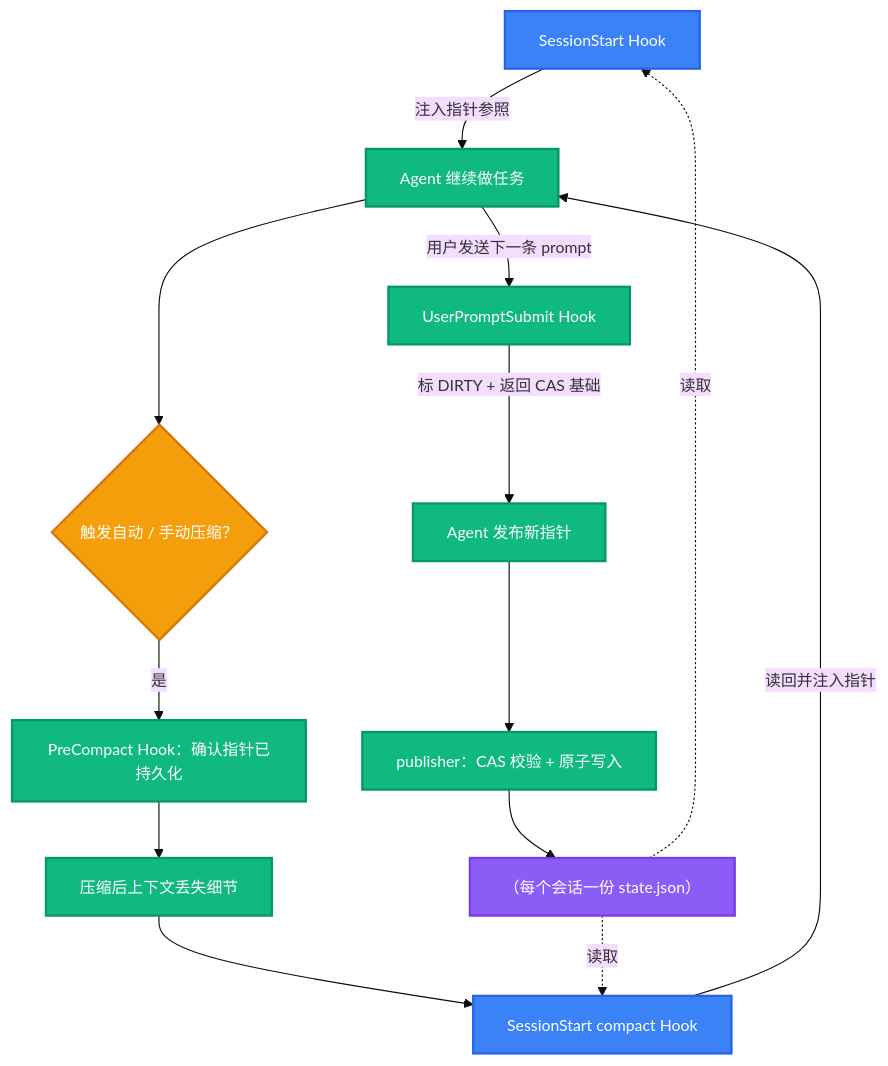
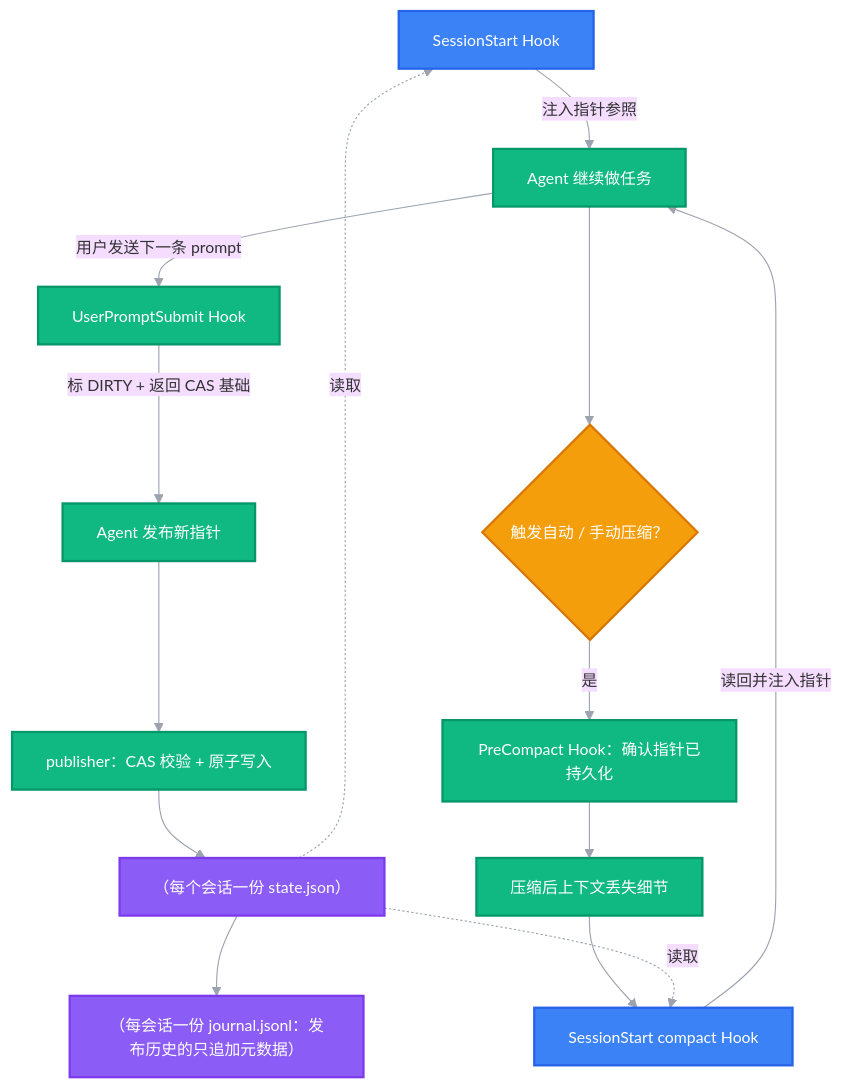
One commit to big0lives/codex-task-pointer changed the diagram in README-zh.md. Above: the diagram before and after it, drawn with Mermaid. The commit also changed other lines of this file and 14 other files, not shown here.

````diff
--- a/README-zh.md
+++ b/README-zh.md
@@ -123,26 +126,30 @@
 ```mermaid
-%%{init: {'theme': 'base', 'themeVariables': {'fontSize': '14px'}}}%%
+%%{init: {'theme': 'base', 'themeVariables': {'fontSize': '14px', 'lineColor': '#9CA3AF', 'defaultLinkColor': '#9CA3AF', 'arrowheadColor': '#9CA3AF'}}}%%
 flowchart TD
     A[SessionStart Hook] -->|注入指针参照| B[Agent 继续做任务]
     B -->|用户发送下一条 prompt| C[UserPromptSubmit Hook]
     C -->|标 DIRTY + 返回 CAS 基础| D[Agent 发布新指针]
     D --> E[publisher：CAS 校验 + 原子写入]
     E --> F[（每个会话一份 state.json）]
+    F --> K[（每会话一份 journal.jsonl：发布历史的只追加元数据）]
     B --> G{触发自动 / 手动压缩？}
     G -->|是| H[PreCompact Hook：确认指针已持久化]
     H --> I[压缩后上下文丢失细节]
     I --> J[SessionStart compact Hook]
     J -->|读回并注入指针| B
     F -.读取.-> A
     F -.读取.-> J
 
     classDef start fill:#3B82F6,stroke:#2563EB,color:#fff,stroke-width:2px
     classDef process fill:#10B981,stroke:#059669,color:#fff,stroke-width:2px
     classDef decision fill:#F59E0B,stroke:#D97706,color:#fff,stroke-width:2px
     classDef storage fill:#8B5CF6,stroke:#7C3AED,color:#fff,stroke-width:2px
 
     class A,J start
     class B,C,D,E,H,I process
     class G decision
-    class F storage
+    class F,K storage
+
+    %% 连线统一为灰色，避免彩色连线与节点配色互相争夺注意力。
+    linkStyle default stroke:#9CA3AF,stroke-width:1px
 ```
````
